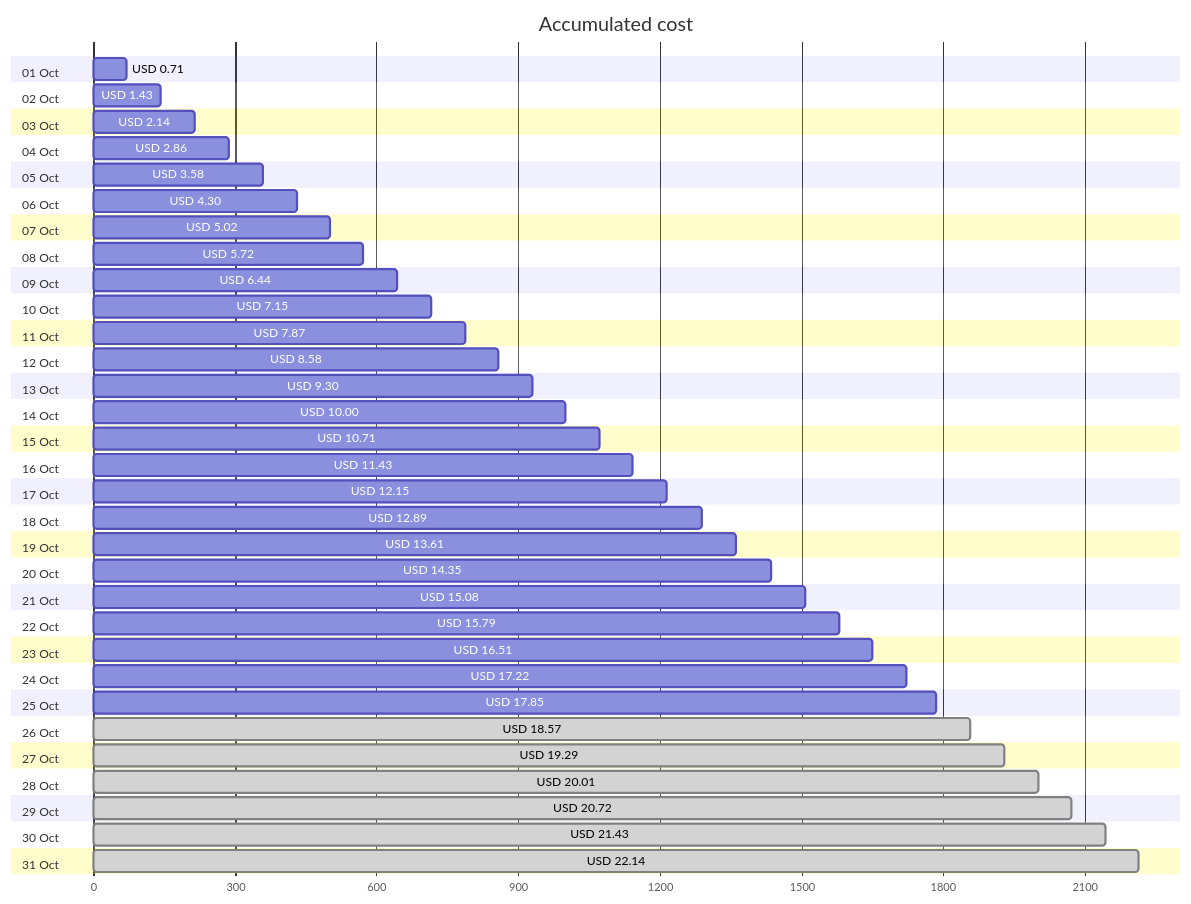
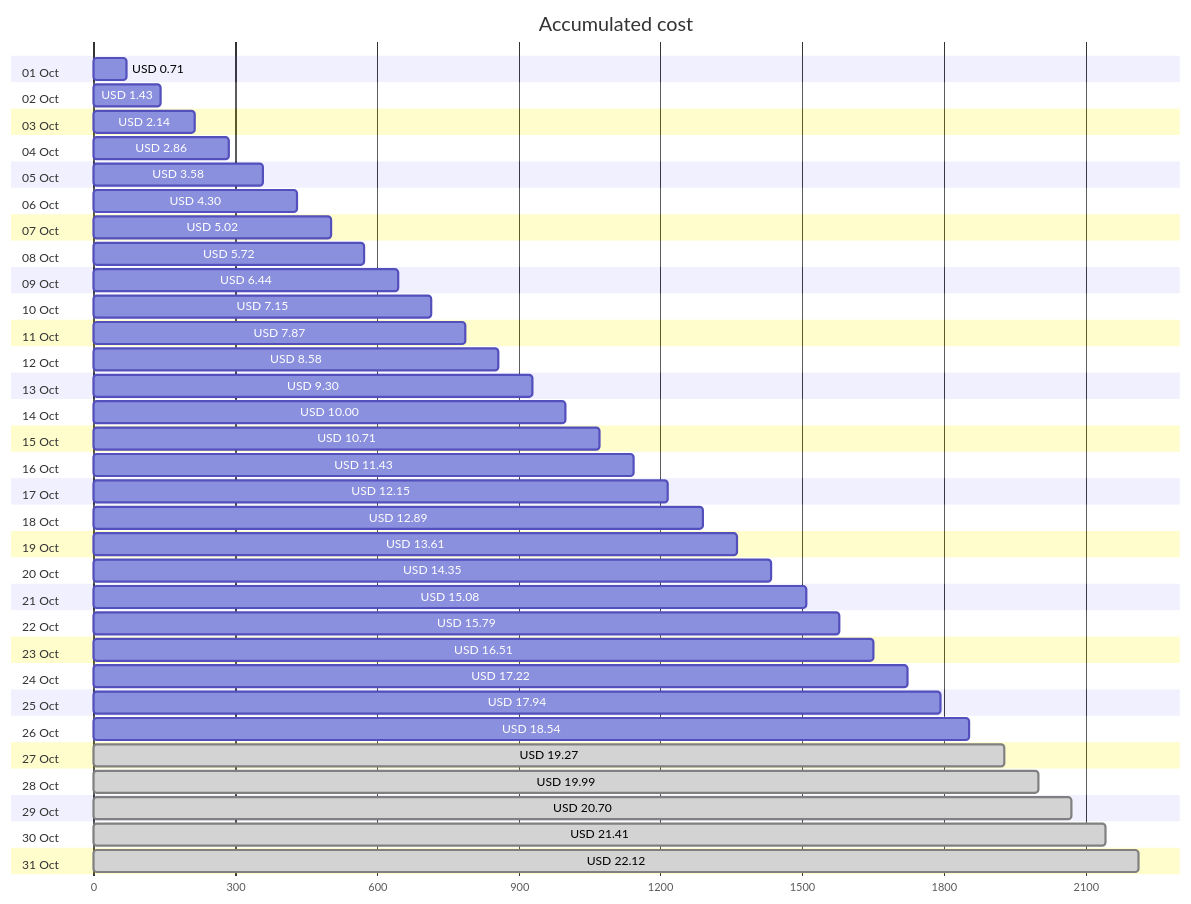
The first of 4 diagrams in cost-reports/personal-network/backup-server-data-disk.md (jpfulton/azure-personal-reports), drawn with Mermaid before and after one commit. The commit also changed other lines of this file and 7 other files, not shown here.

````diff
--- a/cost-reports/personal-network/backup-server-data-disk.md
+++ b/cost-reports/personal-network/backup-server-data-disk.md
@@ -20,68 +20,68 @@
 ```mermaid
 gantt
    title Accumulated cost
    dateFormat  X
    axisFormat %s
    section 01 Oct
    USD 0.71 :0, 71
    section 02 Oct
    USD 1.43 :0, 143
    section 03 Oct
    USD 2.14 :0, 214
    section 04 Oct
    USD 2.86 :0, 286
    section 05 Oct
    USD 3.58 :0, 358
    section 06 Oct
    USD 4.30 :0, 430
    section 07 Oct
    USD 5.02 :0, 502
    section 08 Oct
    USD 5.72 :0, 572
    section 09 Oct
    USD 6.44 :0, 644
    section 10 Oct
    USD 7.15 :0, 715
    section 11 Oct
    USD 7.87 :0, 787
    section 12 Oct
    USD 8.58 :0, 858
    section 13 Oct
    USD 9.30 :0, 930
    section 14 Oct
    USD 10.00 :0, 1000
    section 15 Oct
    USD 10.71 :0, 1071
    section 16 Oct
    USD 11.43 :0, 1143
    section 17 Oct
    USD 12.15 :0, 1215
    section 18 Oct
    USD 12.89 :0, 1289
    section 19 Oct
    USD 13.61 :0, 1361
    section 20 Oct
    USD 14.35 :0, 1435
    section 21 Oct
    USD 15.08 :0, 1508
    section 22 Oct
    USD 15.79 :0, 1579
    section 23 Oct
    USD 16.51 :0, 1651
    section 24 Oct
    USD 17.22 :0, 1722
    section 25 Oct
-   USD 17.85 :0, 1785
+   USD 17.94 :0, 1794
    section 26 Oct
-   USD 18.57 : done, 0, 1857
+   USD 18.54 :0, 1854
    section 27 Oct
-   USD 19.29 : done, 0, 1929
+   USD 19.27 : done, 0, 1927
    section 28 Oct
-   USD 20.01 : done, 0, 2001
+   USD 19.99 : done, 0, 1999
    section 29 Oct
-   USD 20.72 : done, 0, 2072
+   USD 20.70 : done, 0, 2070
    section 30 Oct
-   USD 21.43 : done, 0, 2143
+   USD 21.41 : done, 0, 2141
    section 31 Oct
-   USD 22.14 : done, 0, 2214
+   USD 22.12 : done, 0, 2212
 ```
````
